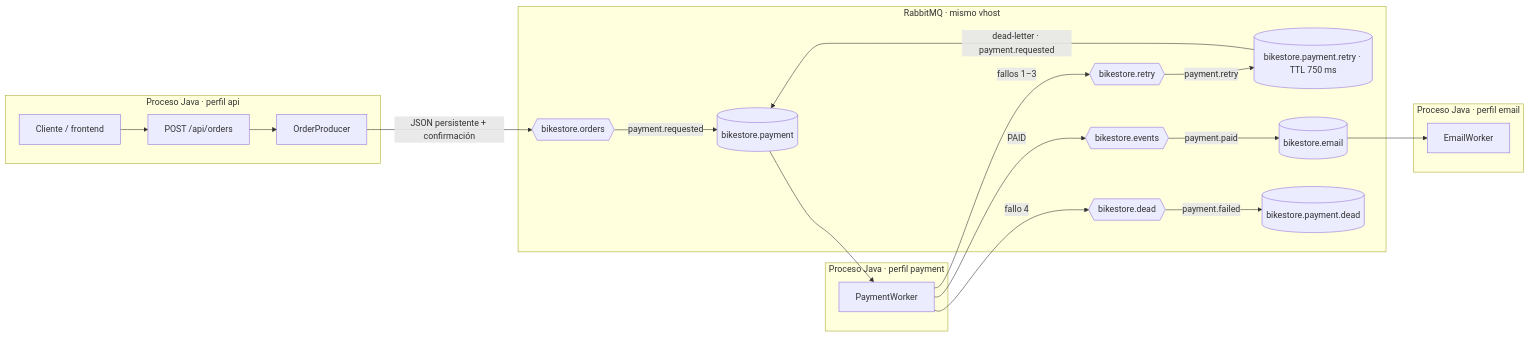
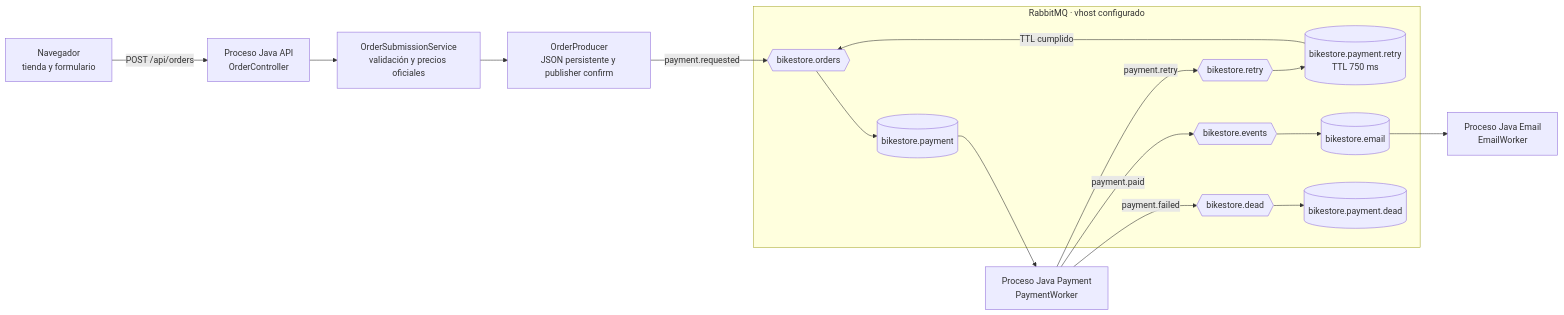
One commit to Juliomm8/bikestore-async changed the first of 4 diagrams in README.md. Above: the diagram before and after it, drawn with Mermaid. The commit also changed other lines of this file, not shown here.

````diff
--- a/README.md
+++ b/README.md
@@ -90,37 +39,29 @@
-```mermaid
+~~~mermaid
 flowchart LR
-    subgraph ApiProcess["Proceso Java · perfil api"]
-        Cliente[Cliente / frontend] --> Controller[POST /api/orders]
-        Controller --> Producer[OrderProducer]
+    Browser["Navegador<br/>tienda y formulario"] -->|POST /api/orders| API["Proceso Java API<br/>OrderController"]
+    API --> Submission["OrderSubmissionService<br/>validación y precios oficiales"]
+    Submission --> Producer["OrderProducer<br/>JSON persistente y publisher confirm"]
+
+    subgraph RabbitMQ["RabbitMQ · vhost configurado"]
+        OrdersX{{"bikestore.orders"}}
+        PaymentQ[("bikestore.payment")]
+        RetryX{{"bikestore.retry"}}
+        RetryQ[("bikestore.payment.retry<br/>TTL 750 ms")]
+        EventsX{{"bikestore.events"}}
+        EmailQ[("bikestore.email")]
+        DeadX{{"bikestore.dead"}}
+        DeadQ[("bikestore.payment.dead")]
+        OrdersX --> PaymentQ
+        RetryX --> RetryQ
+        RetryQ -->|TTL cumplido| OrdersX
+        EventsX --> EmailQ
+        DeadX --> DeadQ
     end
 
-    subgraph Broker["RabbitMQ · mismo vhost"]
-        OrdersX{{bikestore.orders}}
-        PaymentQ[(bikestore.payment)]
-        RetryX{{bikestore.retry}}
-        RetryQ[(bikestore.payment.retry · TTL 750 ms)]
-        EventsX{{bikestore.events}}
-        EmailQ[(bikestore.email)]
-        DeadX{{bikestore.dead}}
-        Dlq[(bikestore.payment.dead)]
-        OrdersX -->|payment.requested| PaymentQ
-        RetryX -->|payment.retry| RetryQ
-        RetryQ -->|dead-letter · payment.requested| PaymentQ
-        EventsX -->|payment.paid| EmailQ
-        DeadX -->|payment.failed| Dlq
-    end
-
-    subgraph PaymentProcess["Proceso Java · perfil payment"]
-        Payment[PaymentWorker]
-    end
-    subgraph EmailProcess["Proceso Java · perfil email"]
-        Email[EmailWorker]
-    end
-
-    Producer -->|JSON persistente + confirmación| OrdersX
-    PaymentQ --> Payment
-    Payment -->|fallos 1–3| RetryX
-    Payment -->|PAID| EventsX
-    Payment -->|fallo 4| DeadX
-    EmailQ --> Email
-```
+    Producer -->|payment.requested| OrdersX
+    PaymentQ --> Payment["Proceso Java Payment<br/>PaymentWorker"]
+    Payment -->|payment.retry| RetryX
+    Payment -->|payment.paid| EventsX
+    Payment -->|payment.failed| DeadX
+    EmailQ --> Email["Proceso Java Email<br/>EmailWorker"]
+~~~
````
